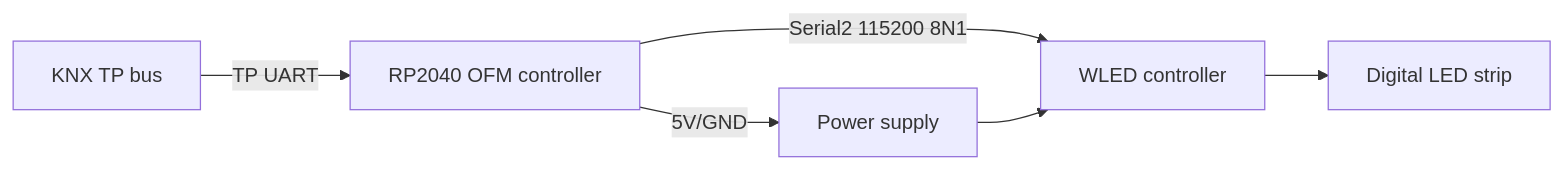
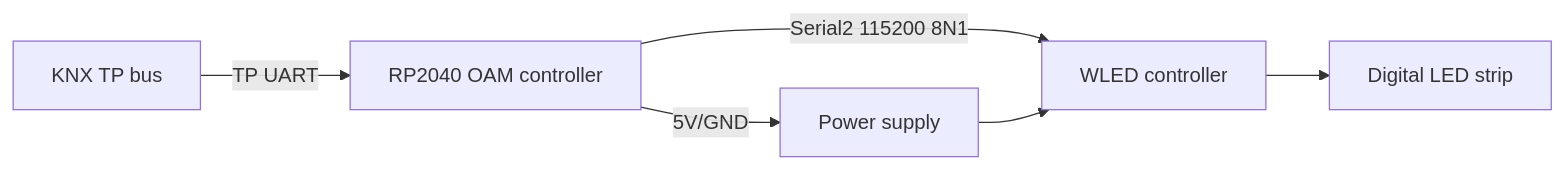
One commit to betamoojw/OAM-DigitalLEDController changed the diagram in docs/HARDWARE_INTEGRATION.en.md. Above: the diagram before and after it, drawn with Mermaid. The commit also changed other lines of this file and 5 other files, not shown here.

````diff
--- a/docs/HARDWARE_INTEGRATION.en.md
+++ b/docs/HARDWARE_INTEGRATION.en.md
@@ -7,8 +7,8 @@
 ```mermaid
 flowchart LR
-    KNX[KNX TP bus] -->|TP UART| RP2040[RP2040 OFM controller]
+    KNX[KNX TP bus] -->|TP UART| RP2040[RP2040 OAM controller]
     RP2040 -->|Serial2 115200 8N1| WLED[WLED controller]
     RP2040 -->|5V/GND| PSU[Power supply]
     PSU --> WLED
     WLED --> LED[Digital LED strip]
 ```
````
